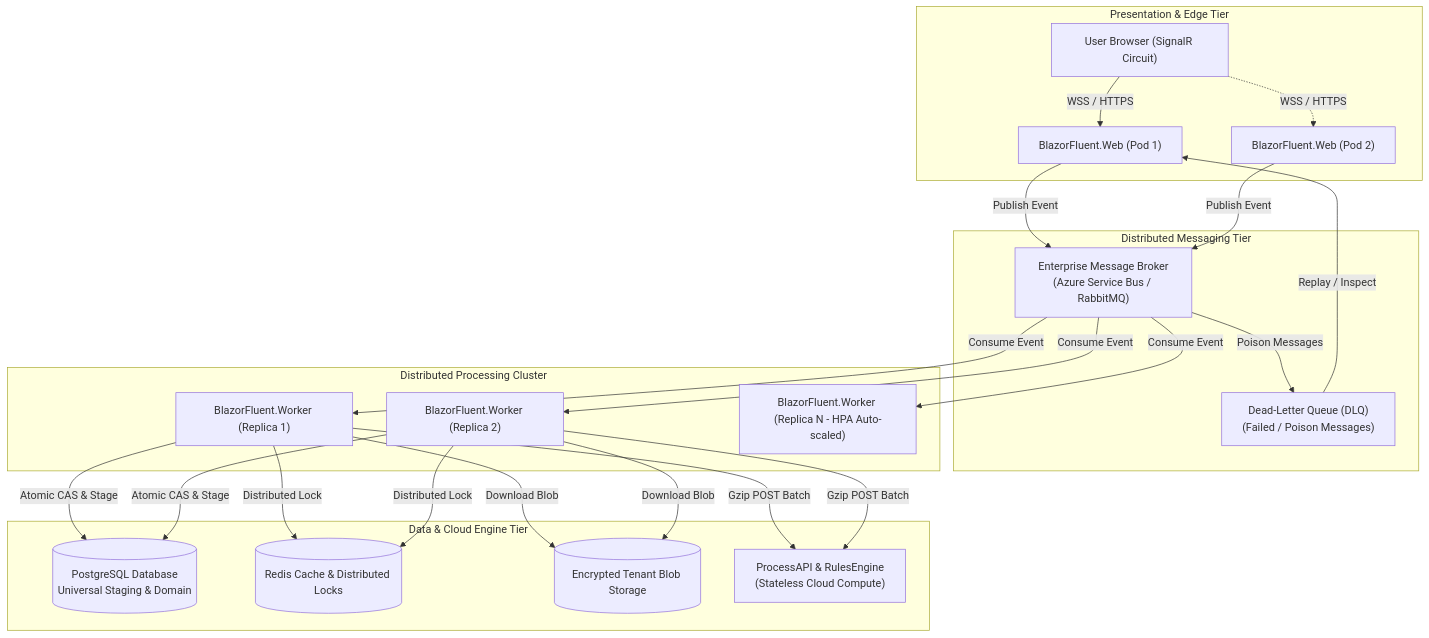
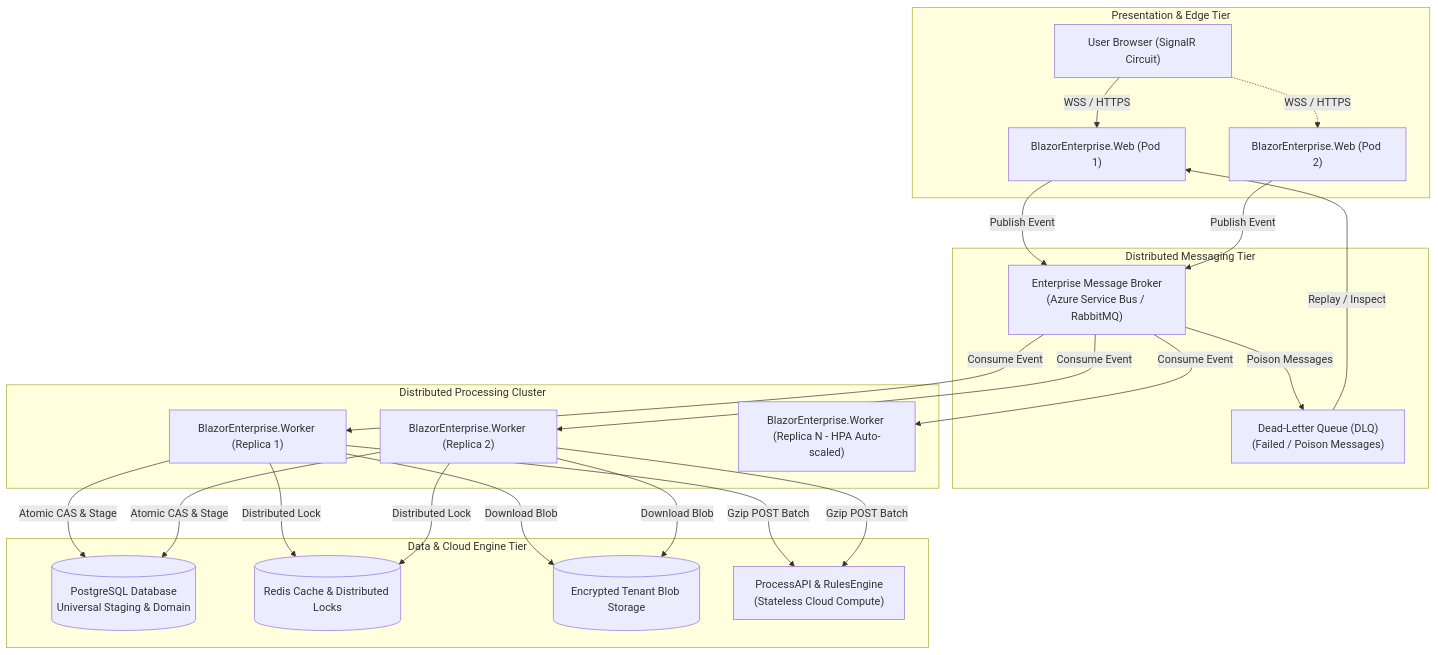
Before and after one commit to cheriansk/blazor-fluent: the first of 3 diagrams in docs/enterprise_distributed_worker_and_messaging_roadmap.md, drawn with Mermaid. The commit also changed other lines of this file and 1219 other files, not shown here.

````diff
--- a/docs/enterprise_distributed_worker_and_messaging_roadmap.md
+++ b/docs/enterprise_distributed_worker_and_messaging_roadmap.md
@@ -23,48 +23,48 @@
 ```mermaid
 flowchart TD
     subgraph Clients["Presentation & Edge Tier"]
         Browser["User Browser (SignalR Circuit)"]
-        Web1["BlazorFluent.Web (Pod 1)"]
-        Web2["BlazorFluent.Web (Pod 2)"]
+        Web1["BlazorEnterprise.Web (Pod 1)"]
+        Web2["BlazorEnterprise.Web (Pod 2)"]
         Browser -->|WSS / HTTPS| Web1
         Browser -.->|WSS / HTTPS| Web2
     end
 
     subgraph Broker["Distributed Messaging Tier"]
         MB["Enterprise Message Broker\n(Azure Service Bus / RabbitMQ)"]
         DLQ["Dead-Letter Queue (DLQ)\n(Failed / Poison Messages)"]
         MB -->|Poison Messages| DLQ
     end
 
     subgraph Workers["Distributed Processing Cluster"]
-        Worker1["BlazorFluent.Worker (Replica 1)"]
-        Worker2["BlazorFluent.Worker (Replica 2)"]
-        Worker3["BlazorFluent.Worker (Replica N - HPA Auto-scaled)"]
+        Worker1["BlazorEnterprise.Worker (Replica 1)"]
+        Worker2["BlazorEnterprise.Worker (Replica 2)"]
+        Worker3["BlazorEnterprise.Worker (Replica N - HPA Auto-scaled)"]
     end
 
     subgraph DataTier["Data & Cloud Engine Tier"]
         DB[(PostgreSQL Database\nUniversal Staging & Domain)]
         Redis[(Redis Cache & Distributed Locks)]
         Blob[(Encrypted Tenant Blob Storage)]
         API["ProcessAPI & RulesEngine\n(Stateless Cloud Compute)"]
     end
 
     Web1 -->|Publish Event| MB
     Web2 -->|Publish Event| MB
 
     MB -->|Consume Event| Worker1
     MB -->|Consume Event| Worker2
     MB -->|Consume Event| Worker3
 
     Worker1 -->|Distributed Lock| Redis
     Worker1 -->|Download Blob| Blob
     Worker1 -->|Atomic CAS & Stage| DB
     Worker1 -->|Gzip POST Batch| API
 
     Worker2 -->|Distributed Lock| Redis
     Worker2 -->|Download Blob| Blob
     Worker2 -->|Atomic CAS & Stage| DB
     Worker2 -->|Gzip POST Batch| API
 
     DLQ -->|Replay / Inspect| Web1
 ```
````
